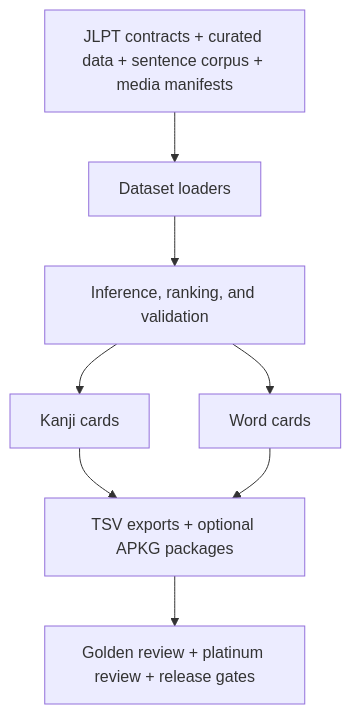
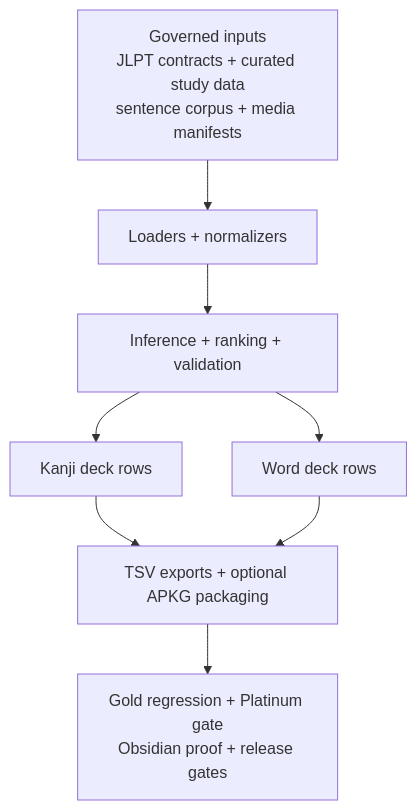
Before and after one commit to JeremiahM18/japanese-kanji-anki-builder: the diagram in README.md, drawn with Mermaid. The commit also changed other lines of this file and 10 other files, not shown here.

````diff
--- a/README.md
+++ b/README.md
@@ -61,10 +61,10 @@
 ```mermaid
 flowchart TD
-    A["JLPT contracts + curated data + sentence corpus + media manifests"] --> B["Dataset loaders"]
-    B --> C["Inference, ranking, and validation"]
-    C --> D["Kanji cards"]
-    C --> E["Word cards"]
-    D --> F["TSV exports + optional APKG packages"]
+    A["Governed inputs<br/>JLPT contracts + curated study data<br/>sentence corpus + media manifests"] --> B["Loaders + normalizers"]
+    B --> C["Inference + ranking + validation"]
+    C --> D["Kanji deck rows"]
+    C --> E["Word deck rows"]
+    D --> F["TSV exports + optional APKG packaging"]
     E --> F
-    F --> G["Golden review + platinum review + release gates"]
+    F --> G["Gold regression + Platinum gate<br/>Obsidian proof + release gates"]
 ```
````
